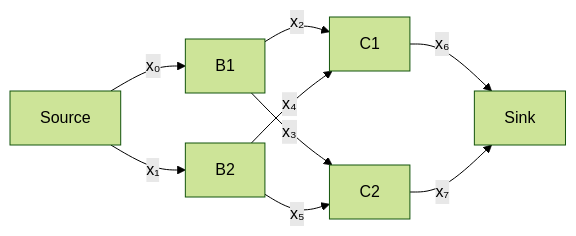
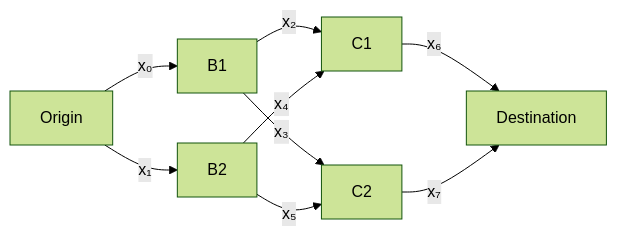
One commit to JurajLieskovsky/OptimalControl changed the second of 2 diagrams in src/examples/shortest_path.md. Above: the diagram before and after it, drawn with Mermaid (forest theme). The commit also changed other lines of this file, not shown here.

Commit message:
small fixes

````diff
--- a/src/examples/shortest_path.md
+++ b/src/examples/shortest_path.md
@@ -25,13 +25,13 @@
 ```mermaid
 graph LR;
-    A["Source"];
-		D["Sink"];
+    A["Origin"];
+		D["Destination"];
 		A-->|"x₀"|B1;
     A-->|"x₁"|B2;
     B1-->|"x₂"|C1;
 		B1-->|"x₃"|C2;
 		B2-->|"x₄"|C1;
 		B2-->|"x₅"|C2;
 		C1-->|"x₆"|D;
 		C2-->|"x₇"|D;
 ```
````
